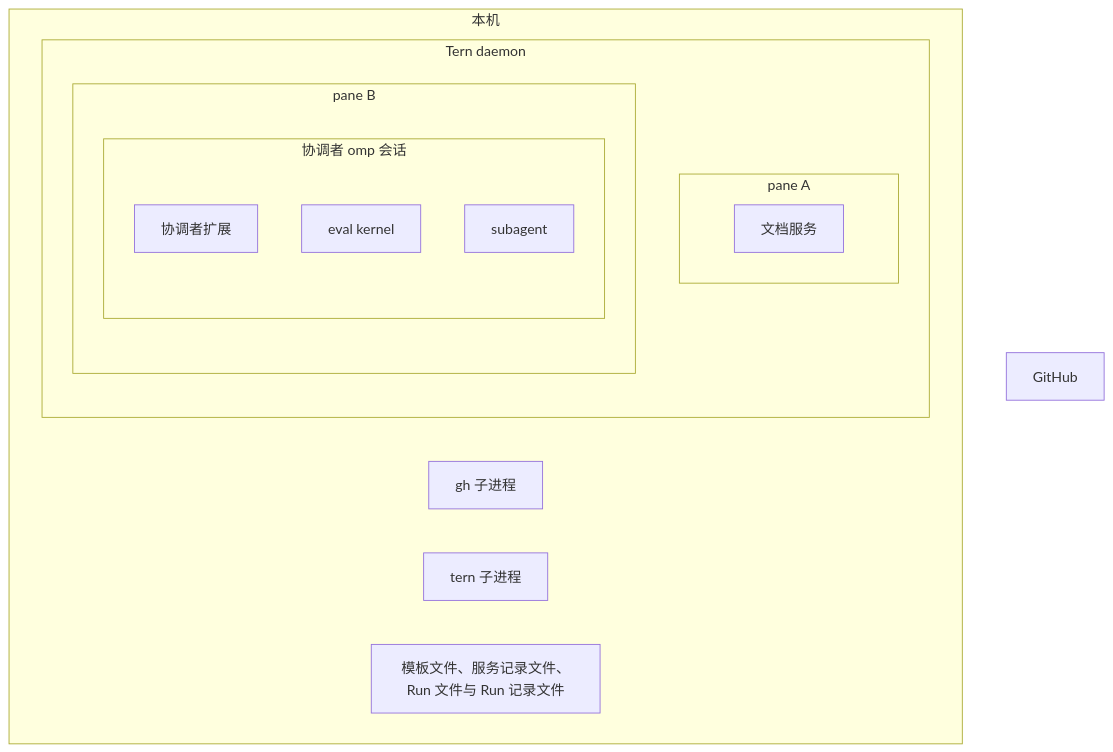
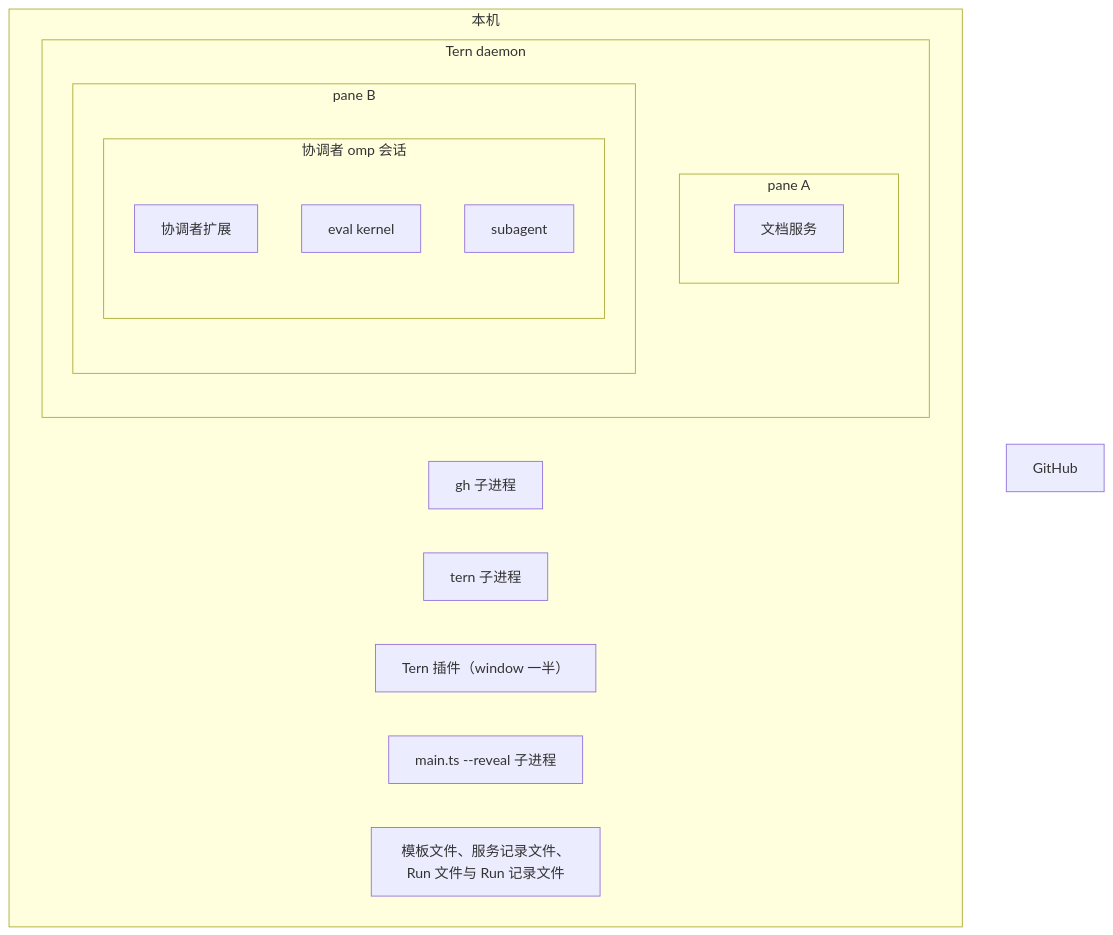
The first of 4 diagrams in design/README.md (mouriya-s-lab/tern-playbooks), drawn with Mermaid before and after one commit. The commit also changed other lines of this file and 23 other files, not shown here.

Commit message:
Make the omp main session the coordinator; add Tern plugin entry; one service per document

````diff
--- a/design/README.md
+++ b/design/README.md
@@ -244,21 +261,23 @@
 ```mermaid
 flowchart TB
   subgraph Host["本机"]
     subgraph Daemon["Tern daemon"]
       subgraph PaneDoc["pane A"]
         DocSvc["文档服务"]
       end
       subgraph PaneCoord["pane B"]
         subgraph Coord["协调者 omp 会话"]
           Ext["协调者扩展"]
           Kernel["eval kernel"]
           Sub["subagent"]
         end
       end
     end
     Gh["gh 子进程"]
     TernCli["tern 子进程"]
+    Plugin["Tern 插件（window 一半）"]
+    Reveal["main.ts --reveal 子进程"]
     File["模板文件、服务记录文件、Run 文件与 Run 记录文件"]
   end
   GitHub["GitHub"]
 ```
````
